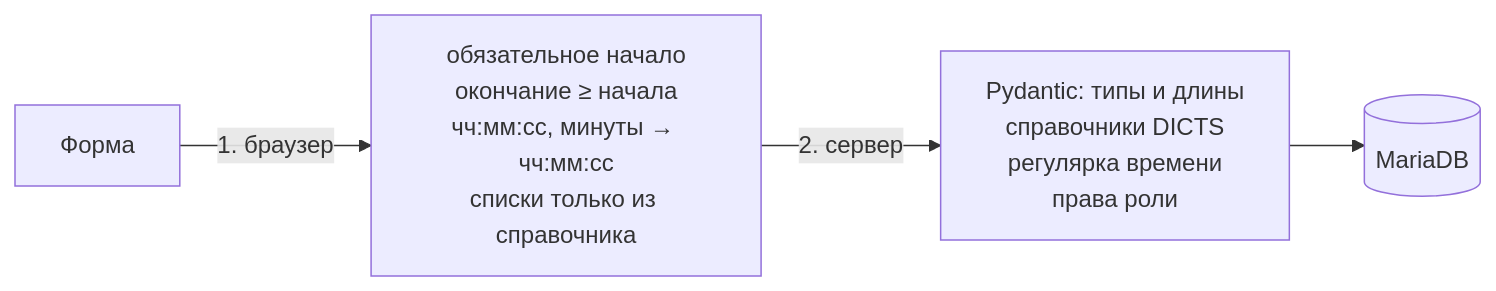
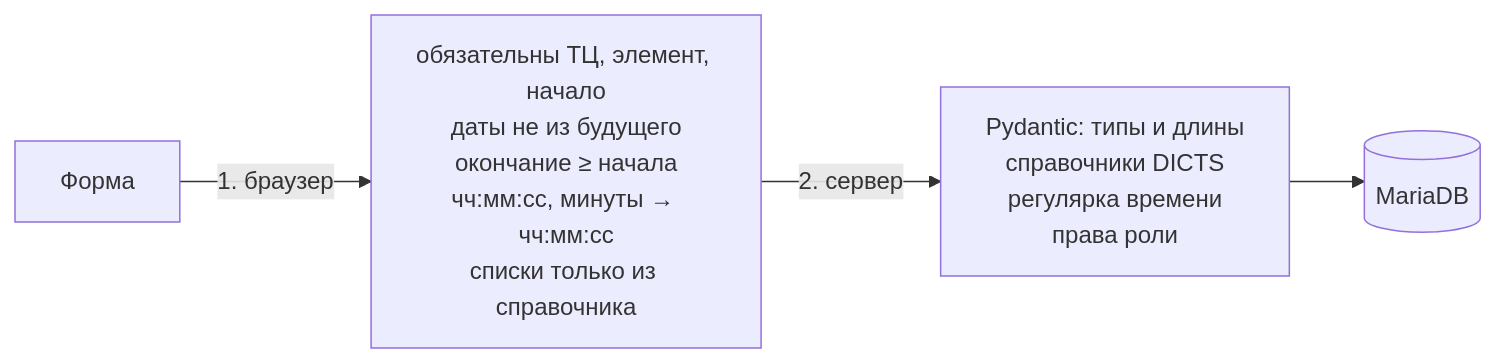
The fourth of 5 diagrams in docs/Отчёт о реализации.md (lkopik/Motiv-Case), drawn with Mermaid before and after one commit. The commit also changed 13 other files, not shown here.

````diff
--- a/docs/Отчёт о реализации.md
+++ b/docs/Отчёт о реализации.md
@@ -96,6 +96,6 @@
 ```mermaid
 flowchart LR
-    F[Форма] -->|1. браузер| V1[обязательное начало<br/>окончание ≥ начала<br/>чч:мм:сс, минуты → чч:мм:сс<br/>списки только из справочника]
+    F[Форма] -->|1. браузер| V1[обязательны ТЦ, элемент, начало<br/>даты не из будущего<br/>окончание ≥ начала<br/>чч:мм:сс, минуты → чч:мм:сс<br/>списки только из справочника]
     V1 -->|2. сервер| V2[Pydantic: типы и длины<br/>справочники DICTS<br/>регулярка времени<br/>права роли]
     V2 --> DB[(MariaDB)]
 ```
````
